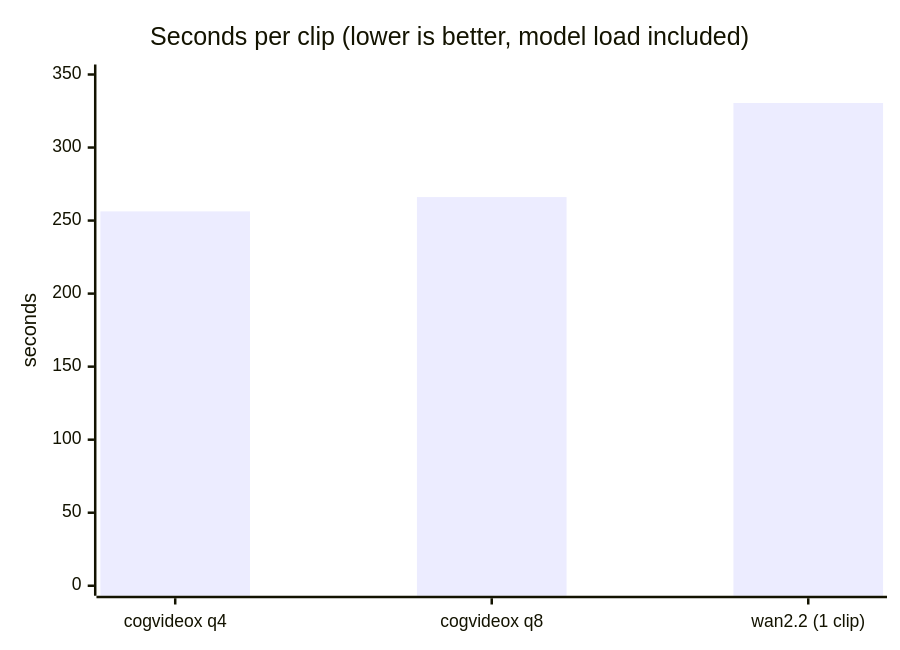
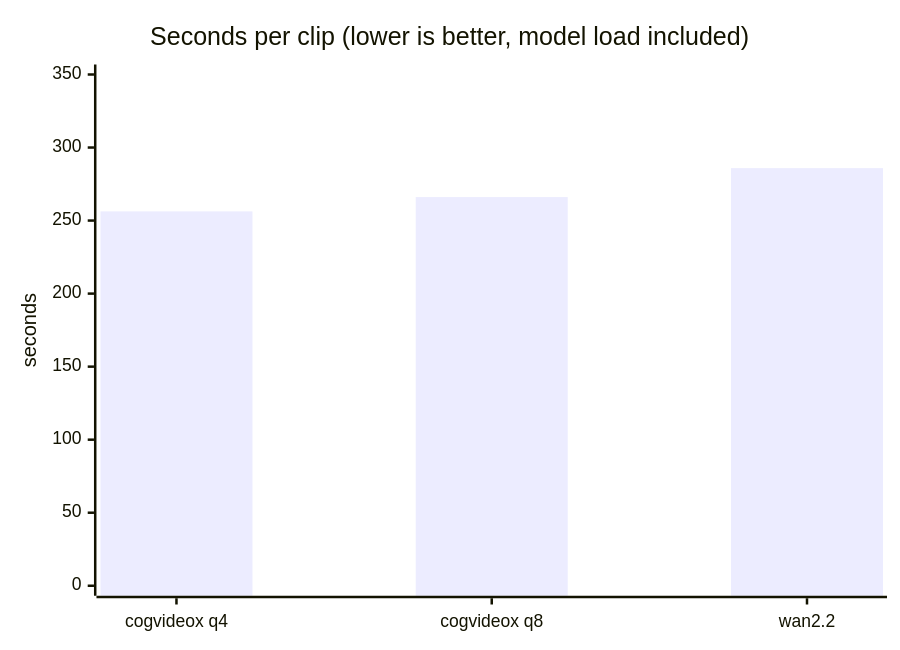
The fourth of 4 diagrams in README.md (mahirfatih/local-generation-benchmark-m1-max), drawn with Mermaid before and after one commit. The commit also changed other lines of this file and 13 other files, not shown here.

Commit message:
feat: add Wan2.2 TI2V 5B row (285.9 s/clip, Apache-2.0) + docs/guides/NAMING

````diff
--- a/README.md
+++ b/README.md
@@ -207,7 +207,7 @@
 ```mermaid
 xychart-beta
     title "Seconds per clip (lower is better, model load included)"
-    x-axis ["cogvideox q4", "cogvideox q8", "wan2.2 (1 clip)"]
+    x-axis ["cogvideox q4", "cogvideox q8", "wan2.2"]
     y-axis "seconds" 0 --> 350
-    bar [256.3, 266.1, 330.5]
+    bar [256.3, 266.1, 285.9]
 ```
````
